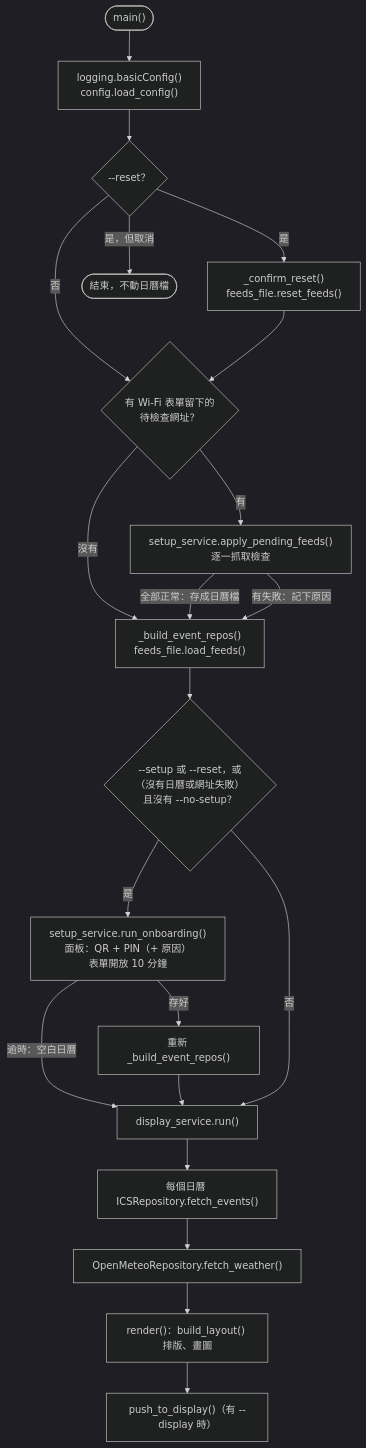
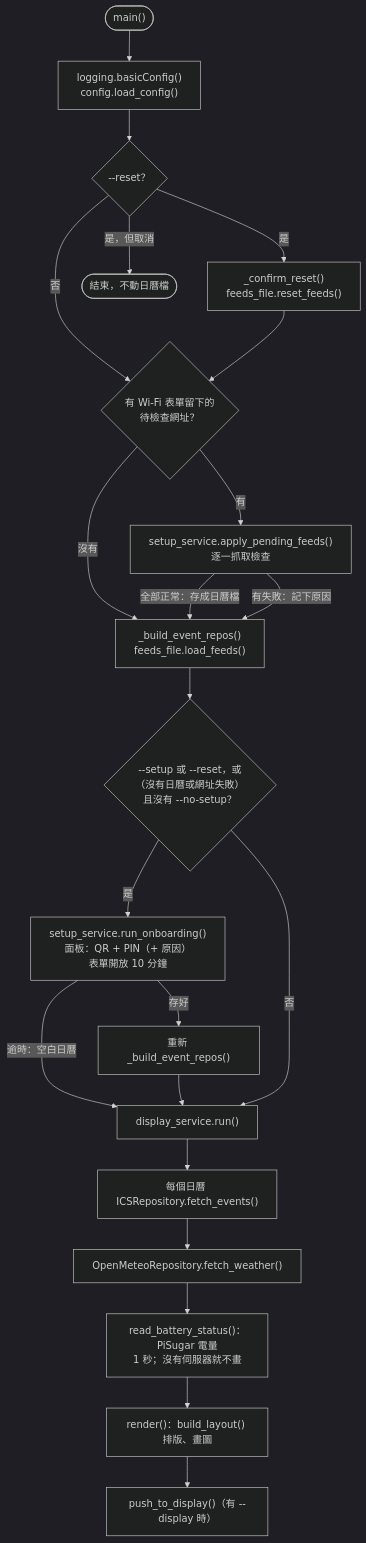
Before and after one commit to ShengKai234/google-calendar-api: the sixth of 6 diagrams in docs/ARCHITECTURE.zh-TW.md, drawn with Mermaid (dark theme). The commit also changed 13 other files, not shown here.

First line of the commit message:
feat(display): show the PiSugar battery on each refresh

````diff
--- a/docs/ARCHITECTURE.zh-TW.md
+++ b/docs/ARCHITECTURE.zh-TW.md
@@ -221,23 +221,24 @@
 ```mermaid
 flowchart TB
   S(["main()"]) --> LOG["logging.basicConfig()<br/>config.load_config()"]
   LOG --> RS{"--reset？"}
   RS -->|"是"| DEL["_confirm_reset()<br/>feeds_file.reset_feeds()"]
   RS -->|"是，但取消"| STOP(["結束，不動日曆檔"])
   RS -->|"否"| PEND
   DEL --> PEND{"有 Wi-Fi 表單留下的<br/>待檢查網址？"}
   PEND -->|"有"| AP["setup_service.apply_pending_feeds()<br/>逐一抓取檢查"]
   PEND -->|"沒有"| REPO
   AP -->|"全部正常：存成日曆檔"| REPO
   AP -->|"有失敗：記下原因"| REPO
   REPO["_build_event_repos()<br/>feeds_file.load_feeds()"] --> Q{"--setup 或 --reset，或<br/>（沒有日曆或網址失敗）<br/>且沒有 --no-setup？"}
   Q -->|"是"| ONB["setup_service.run_onboarding()<br/>面板：QR + PIN（+ 原因）<br/>表單開放 10 分鐘"]
   ONB -->|"存好"| REPO2["重新 _build_event_repos()"]
   ONB -->|"逾時：空白日曆"| RUN
   REPO2 --> RUN
   Q -->|"否"| RUN["display_service.run()"]
   RUN --> F1["每個日曆 ICSRepository.fetch_events()"]
   F1 --> F2["OpenMeteoRepository.fetch_weather()"]
-  F2 --> F3["render()：build_layout() 排版、畫圖"]
+  F2 --> BAT["read_battery_status()：PiSugar 電量<br/>1 秒；沒有伺服器就不畫"]
+  BAT --> F3["render()：build_layout() 排版、畫圖"]
   F3 --> F4["push_to_display()（有 --display 時）"]
 ```
````
